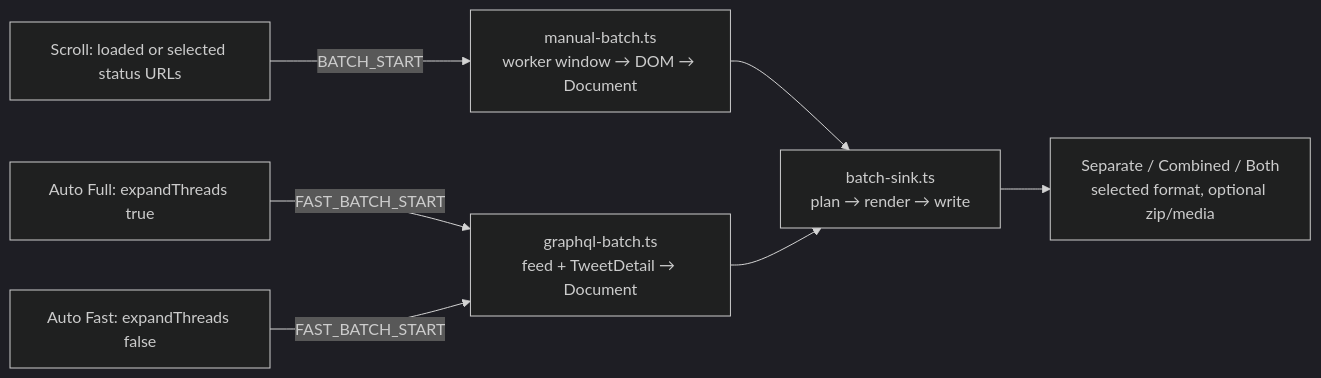
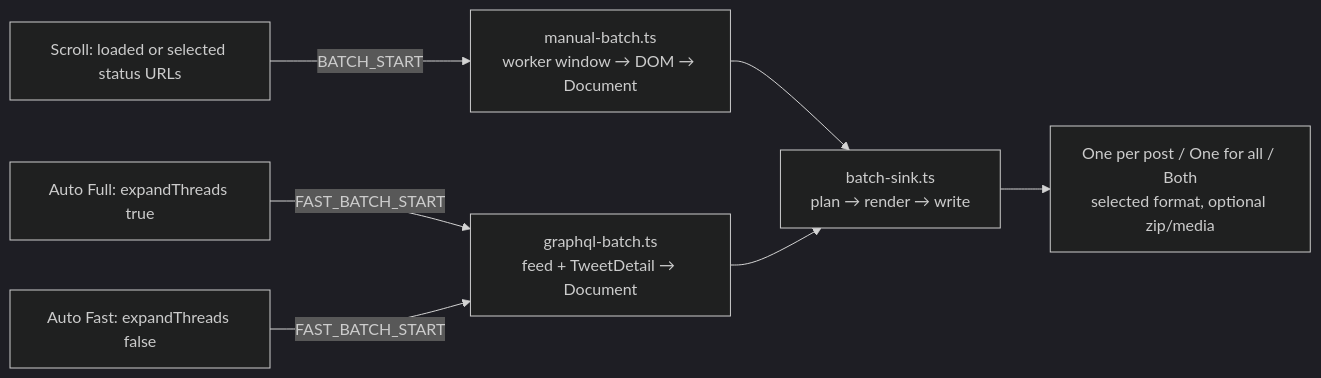
The sixth of 6 diagrams in docs/architecture.md (zendegani/XClipper), drawn with Mermaid (dark theme) before and after one commit. The commit also changed other lines of this file and 2 other files, not shown here.

Commit message:
docs: name the batch Files choices and the Compilation in the glossary
Add Files (One per post / One for all / Both) and Compilation to
GLOSSARY.md, and update README and architecture.md to the new labels.

Claude-Session: https://claude.ai/code/session_01832zkCAH3NKqwZRyQnZWPW

````diff
--- a/docs/architecture.md
+++ b/docs/architecture.md
@@ -175,9 +175,9 @@
 ```mermaid
 flowchart LR
   Scroll["Scroll: loaded or selected status URLs"] -->|BATCH_START| DOM["manual-batch.ts<br/>worker window → DOM → Document"]
   AutoFull["Auto Full: expandThreads true"] -->|FAST_BATCH_START| GQL["graphql-batch.ts<br/>feed + TweetDetail → Document"]
   AutoFast["Auto Fast: expandThreads false"] -->|FAST_BATCH_START| GQL
   DOM --> Sink["batch-sink.ts<br/>plan → render → write"]
   GQL --> Sink
-  Sink --> Files["Separate / Combined / Both<br/>selected format, optional zip/media"]
+  Sink --> Files["One per post / One for all / Both<br/>selected format, optional zip/media"]
 ```
````
